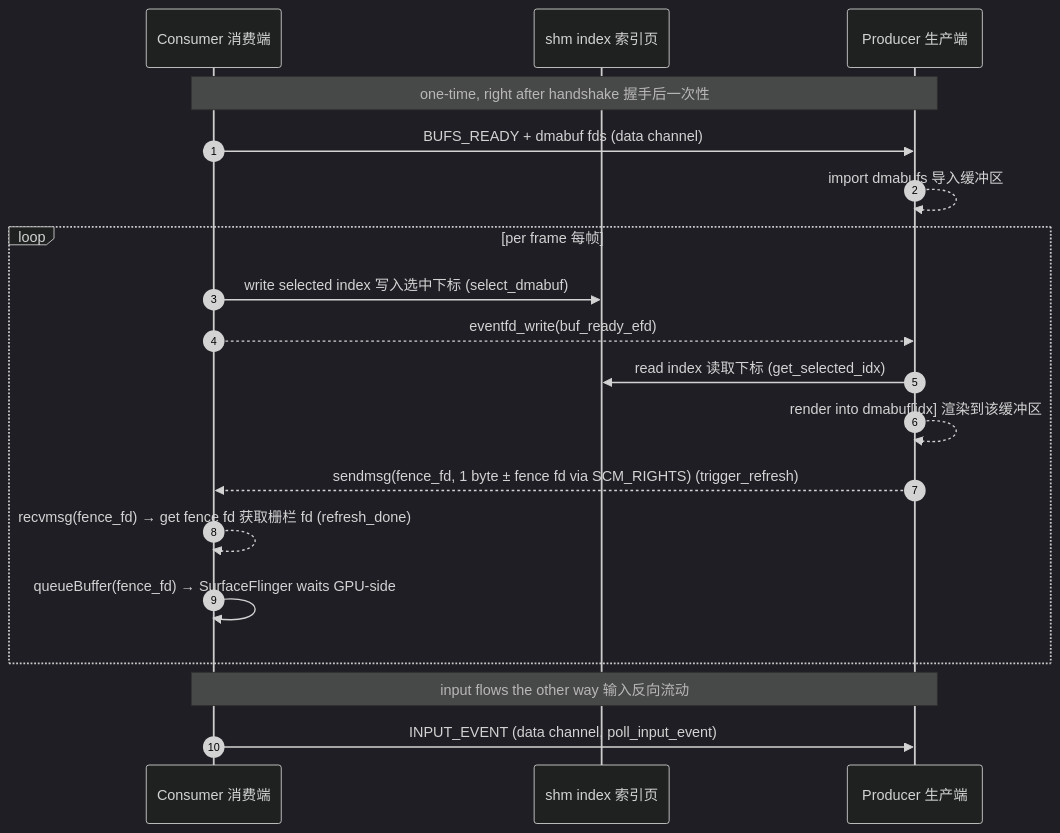
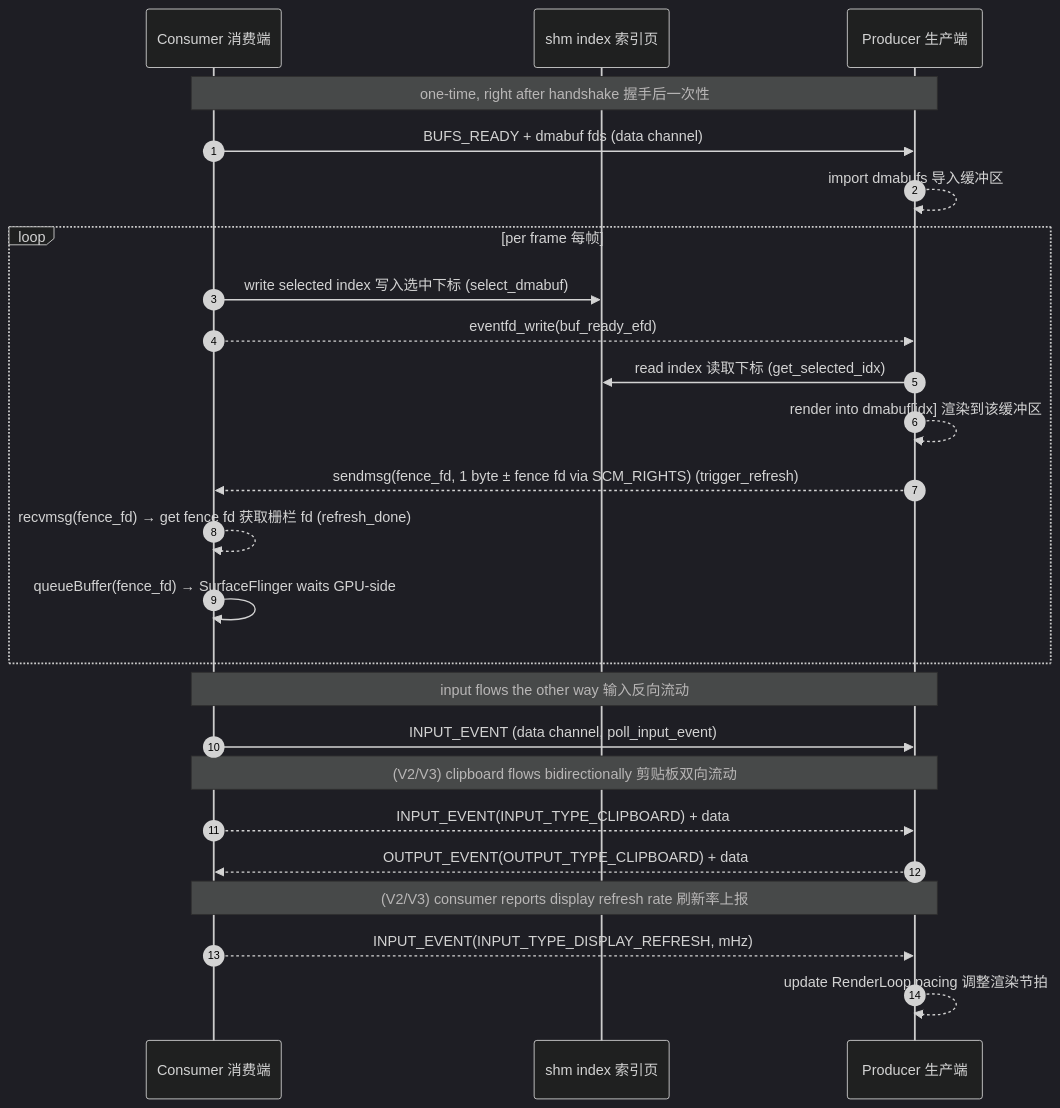
Before and after one commit to dinhmaiphuong2025/anland: the second of 4 diagrams in README.md, drawn with Mermaid (dark theme). The commit also changed other lines of this file and 5 other files, not shown here.

````diff
--- a/README.md
+++ b/README.md
@@ -210,24 +259,32 @@
 ```mermaid
 sequenceDiagram
     autonumber
     participant C as Consumer 消费端
     participant SHM as shm index 索引页
     participant P as Producer 生产端
 
     Note over C,P: one‑time, right after handshake 握手后一次性
     C->>P: BUFS_READY + dmabuf fds (data channel)
     P-->>P: import dmabufs 导入缓冲区
 
     loop per frame 每帧
         C->>SHM: write selected index 写入选中下标 (select_dmabuf)
         C-->>P: eventfd_write(buf_ready_efd)
         P->>SHM: read index 读取下标 (get_selected_idx)
         P-->>P: render into dmabuf[idx] 渲染到该缓冲区
         P-->>C: sendmsg(fence_fd, 1 byte ± fence fd via SCM_RIGHTS)  (trigger_refresh)
         C-->>C: recvmsg(fence_fd) → get fence fd 获取栅栏 fd (refresh_done)
         C->>C: queueBuffer(fence_fd) → SurfaceFlinger waits GPU-side
     end
 
     Note over C,P: input flows the other way 输入反向流动
     C->>P: INPUT_EVENT (data channel, poll_input_event)
+
+    Note over C,P: (V2/V3) clipboard flows bidirectionally 剪贴板双向流动
+    C-->>P: INPUT_EVENT(INPUT_TYPE_CLIPBOARD) + data
+    P-->>C: OUTPUT_EVENT(OUTPUT_TYPE_CLIPBOARD) + data
+
+    Note over C,P: (V2/V3) consumer reports display refresh rate 刷新率上报
+    C-->>P: INPUT_EVENT(INPUT_TYPE_DISPLAY_REFRESH, mHz)
+    P-->>P: update RenderLoop pacing 调整渲染节拍
 ```
````
